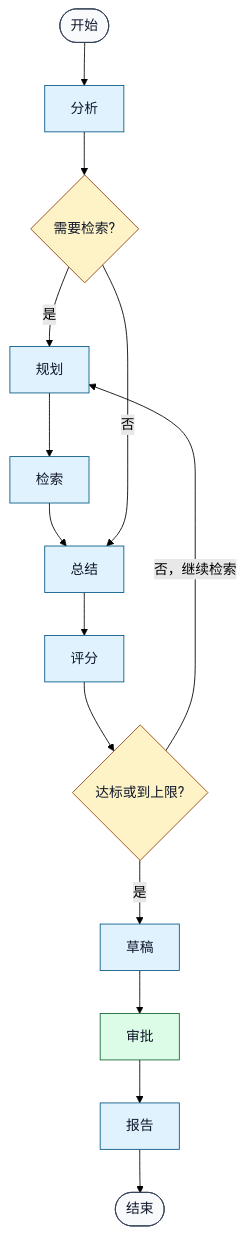
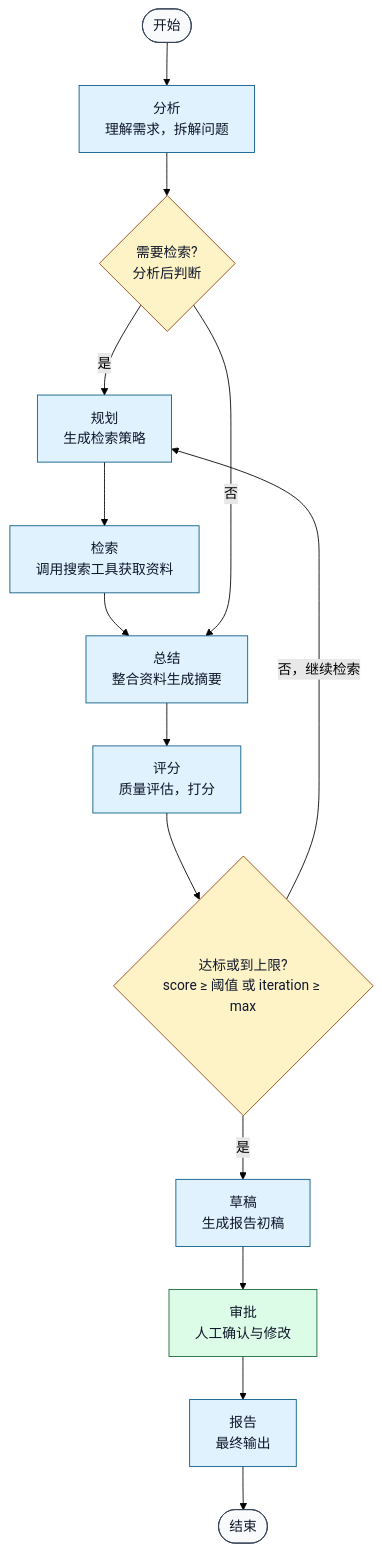
Before and after one commit to sealzrt/2026-08--agent: the third of 13 diagrams in ai-agent学习/06.LangGraph入门/16.LangGraph业务落地项目架构.md, drawn with Mermaid (forest theme). The commit also changed other lines of this file and 13 other files, not shown here.

````diff
--- a/ai-agent学习/06.LangGraph入门/16.LangGraph业务落地项目架构.md
+++ b/ai-agent学习/06.LangGraph入门/16.LangGraph业务落地项目架构.md
@@ -83,24 +83,24 @@
 ```mermaid
 flowchart TD
-    Start([开始]) --> Analyze[分析]
-    Analyze --> NeedSearch{"需要检索?"}
-    NeedSearch -->|是| Plan[规划]
-    Plan --> Search[检索]
-    Search --> Summarize[总结]
+    Start(["开始"]) --> Analyze["分析<br/>理解需求，拆解问题"]
+    Analyze --> NeedSearch{"需要检索?<br/>分析后判断"}
+    NeedSearch -->|是| Plan["规划<br/>生成检索策略"]
+    Plan --> Search["检索<br/>调用搜索工具获取资料"]
+    Search --> Summarize["总结<br/>整合资料生成摘要"]
     NeedSearch -->|否| Summarize
-    Summarize --> Evaluate[评分]
-    Evaluate --> Pass{"达标或到上限?"}
-    Pass -->|是| Draft[草稿]
-    Draft --> Review[审批]
-    Review --> Report[报告]
-    Report --> End([结束])
+    Summarize --> Evaluate["评分<br/>质量评估，打分"]
+    Evaluate --> Pass{"达标或到上限?<br/>score ≥ 阈值 或 iteration ≥ max"}
+    Pass -->|是| Draft["草稿<br/>生成报告初稿"]
+    Draft --> Review["审批<br/>人工确认与修改"]
+    Review --> Report["报告<br/>最终输出"]
+    Report --> End(["结束"])
     Pass -->|否，继续检索| Plan
     classDef neutral fill:#f8fafc,stroke:#334155,color:#0f172a
     classDef core fill:#e0f2fe,stroke:#075985,color:#0f172a
     classDef biz fill:#fef3c7,stroke:#92400e,color:#0f172a
     classDef cap fill:#dcfce7,stroke:#166534,color:#0f172a
     class Start,End neutral
     class Analyze,Plan,Search,Summarize,Evaluate,Draft,Report core
     class NeedSearch,Pass biz
     class Review cap
 ```
````
